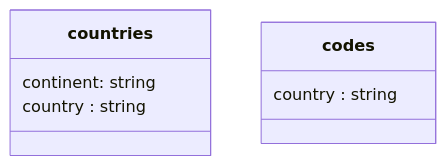
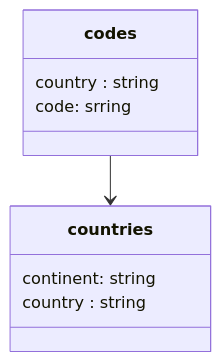
One commit to hbroeze/ptse changed the diagram in Welcome file.2.md. Above: the diagram before and after it, drawn with Mermaid. The commit also changed other lines of this file, not shown here.

````diff
--- a/Welcome file.2.md
+++ b/Welcome file.2.md
@@ -2,11 +2,12 @@
 ```mermaid
 classDiagram
 class countries {
 continent: string
 country : string
 }
 class codes {
 country : string
-
+code: srring
 }
+codes --< countries
 ```
````
